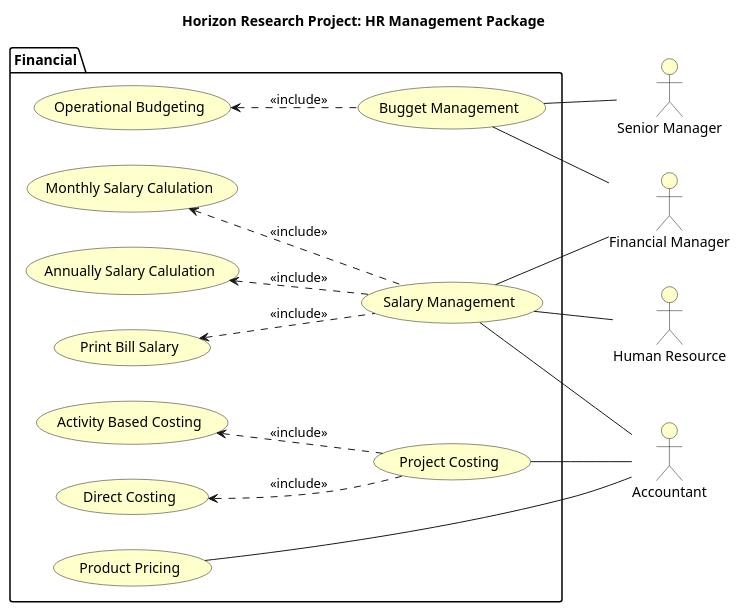
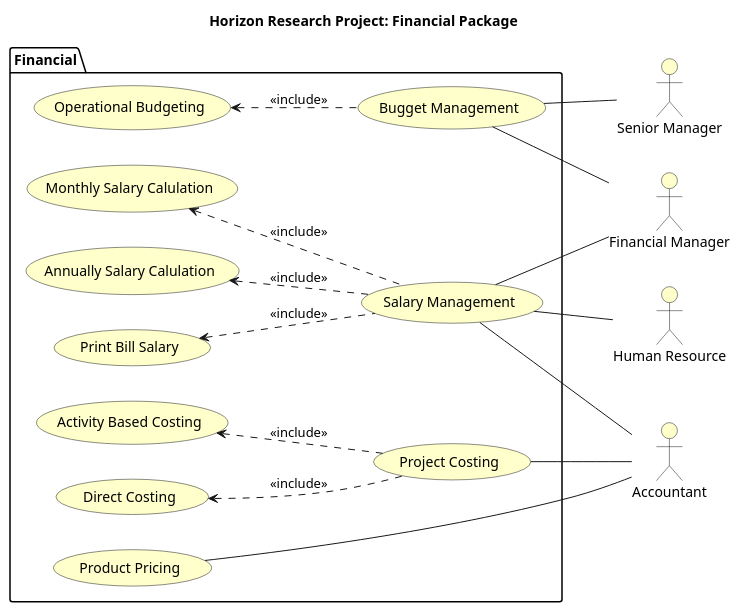
One commit to mahyaresteki/Horizon changed the diagram in HorizonUml/UseCase/Use Case/Packages/FinancialUseCaseDiagram.puml. Above: the diagram before and after it, drawn with PlantUML. The commit also changed 11 other files, not shown here.

Commit message:
Update UML

```diff
--- a/HorizonUml/UseCase/Use Case/Packages/FinancialUseCaseDiagram.puml
+++ b/HorizonUml/UseCase/Use Case/Packages/FinancialUseCaseDiagram.puml
@@ -1,43 +1,43 @@
 @startuml
 left to right direction
 
 skinparam useCaseBackgroundColor #Business
 skinparam actorBackgroundColor #Business
 
-title Horizon Research Project: HR Management Package
+title Horizon Research Project: Financial Package
 
 :Financial Manager: as Fmanager
 :Human Resource: as HR
 :Accountant: as Accountant
 :Senior Manager: as SeniorManager
 
 
 package "Financial"{
     usecase "Project Costing" as costing
     usecase "Activity Based Costing" as abc
     usecase "Direct Costing" as directCosting
     usecase "Bugget Management" as bugget
     usecase "Operational Budgeting" as buggeting
     usecase "Product Pricing" as pricing
     usecase "Salary Management" as salaryManagement
     usecase "Monthly Salary Calulation" as monthlySalaryCalculation
     usecase "Annually Salary Calulation" as annuallySalaryCalculation
     usecase "Print Bill Salary" as printBillSalary
 }
 
 salaryManagement -- Accountant
 salaryManagement -- Fmanager
 salaryManagement -- HR
 costing -- Accountant
 pricing -- Accountant
 bugget -- Fmanager
 bugget -- SeniorManager
 
 monthlySalaryCalculation <.. salaryManagement : <<include>>
 annuallySalaryCalculation <.. salaryManagement : <<include>>
 printBillSalary <.. salaryManagement : <<include>>
 buggeting <.. bugget : <<include>>
 directCosting <.. costing : <<include>>
 abc <.. costing : <<include>>
 
 @enduml
```
